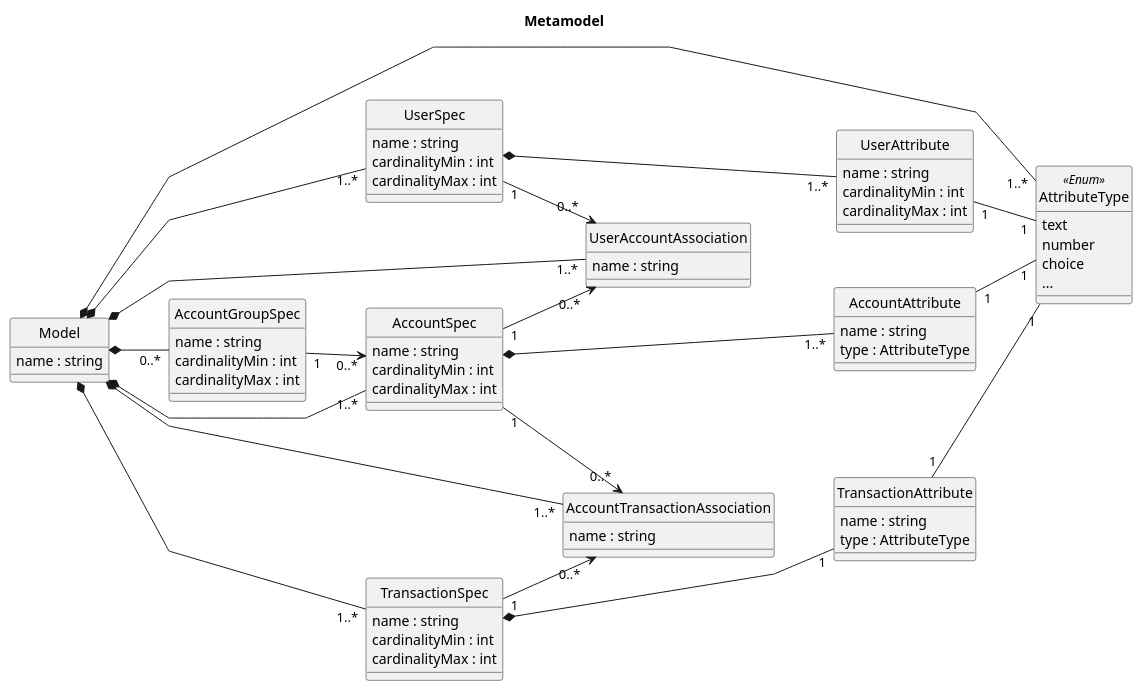
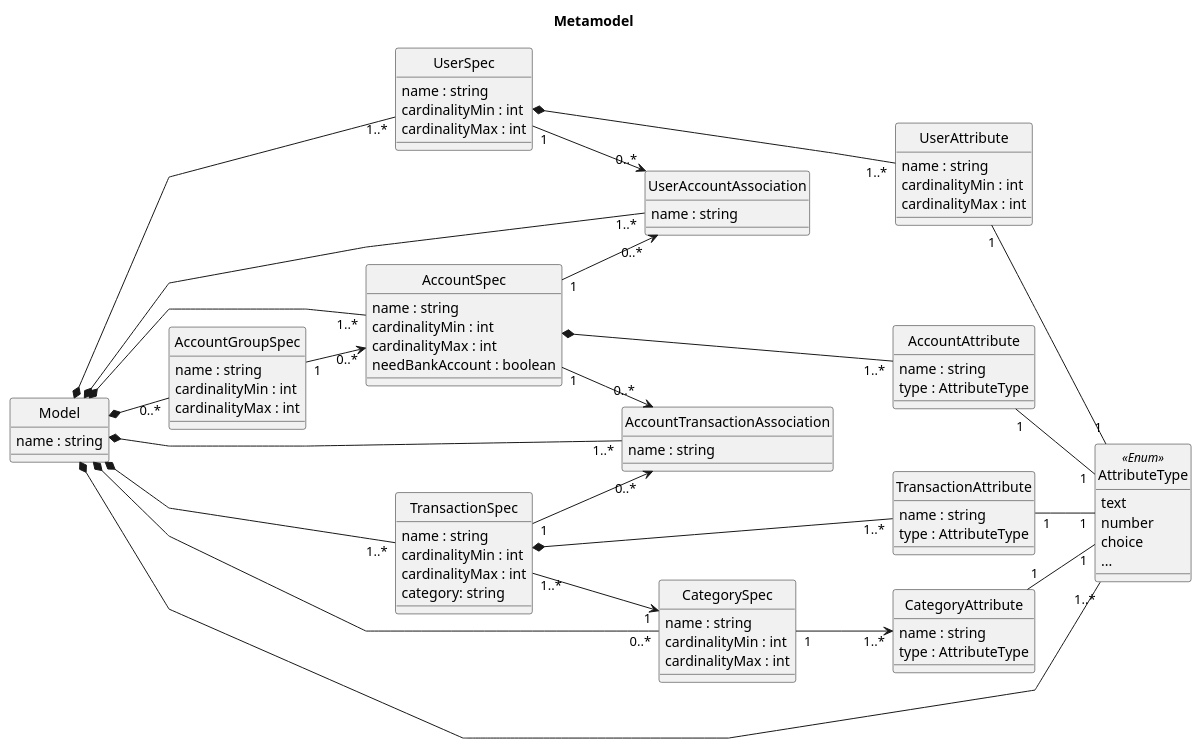
Before and after one commit to PeFerreira98/ISEP.Master.EDOM_2021: the diagram in diagrams/metamodel_v3.puml, drawn with PlantUML.

Commit message:
Metamodel Changes

```diff
--- a/diagrams/metamodel_v3.puml
+++ b/diagrams/metamodel_v3.puml
@@ -1,101 +1,119 @@
 @startuml metamodel_v3
 left to right direction
 
 skinparam linetype polyline
 ' skinparam linetype ortho
 skinparam monochrome true
 skinparam packageStyle rect
 skinparam shadowing false
 
 ' skinparam nodesep 5
 ' skinparam ranksep 80
 ' skinparam padding 2
 ' !pragma ratio 0.2
 
 title Metamodel
 
 class Model {
     name : string
 }
 
 class UserSpec {
     name : string
     cardinalityMin : int
     cardinalityMax : int
 }
 
 class UserAttribute {
     name : string
     cardinalityMin : int
     cardinalityMax : int
 }
 
 class AccountGroupSpec {
     name : string
     cardinalityMin : int
     cardinalityMax : int
 }
 
 class AccountSpec {
     name : string
     cardinalityMin : int
     cardinalityMax : int
+    needBankAccount : boolean
+}
+
+class CategorySpec {
+    name : string
+    cardinalityMin : int
+    cardinalityMax : int
+}
+
+class CategoryAttribute {
+    name : string
+    type : AttributeType
 }
 
 class AccountAttribute {
     name : string
     type : AttributeType
 }
 
 class TransactionSpec {
     name : string
     cardinalityMin : int
     cardinalityMax : int
+    category: string
 }
 
 class TransactionAttribute {
     name : string
     type : AttributeType
 }
 
 class UserAccountAssociation {
     name : string
 }
 
 class AccountTransactionAssociation {
     name : string
 }
 
 class AttributeType <<Enum>> {
     text
     number
     choice
     ...
 }
 
 Model *---- "1..*" AttributeType
 
 Model *- "0..*" AccountGroupSpec
 AccountGroupSpec "1" -> "0..*" AccountSpec
 
 Model *--- "1..*" UserSpec
 UserSpec *--- "1..*" UserAttribute
 UserAttribute "1" -- "1" AttributeType
 
 Model *--- "1..*" AccountSpec
 AccountSpec *--- "1..*" AccountAttribute
 AccountAttribute "1" -- "1" AttributeType
 
 Model *--- "1..*" TransactionSpec
-TransactionSpec *--- "1" TransactionAttribute
+TransactionSpec *--- "1..*" TransactionAttribute
 TransactionAttribute "1" -- "1" AttributeType
 
 Model *---- "1..*" UserAccountAssociation
 Model *---- "1..*" AccountTransactionAssociation
 UserSpec "1" --> "0..*" UserAccountAssociation
 AccountSpec "1" --> "0..*" UserAccountAssociation
 AccountSpec "1" --> "0..*" AccountTransactionAssociation
 TransactionSpec "1" --> "0..*" AccountTransactionAssociation
 
+Model *- "0..*" CategorySpec
+CategorySpec "1" --> "1..*" CategoryAttribute
+CategoryAttribute "1" -- "1" AttributeType
+TransactionSpec "1..*" --> "1" CategorySpec
+
 hide circle
 @enduml
```
